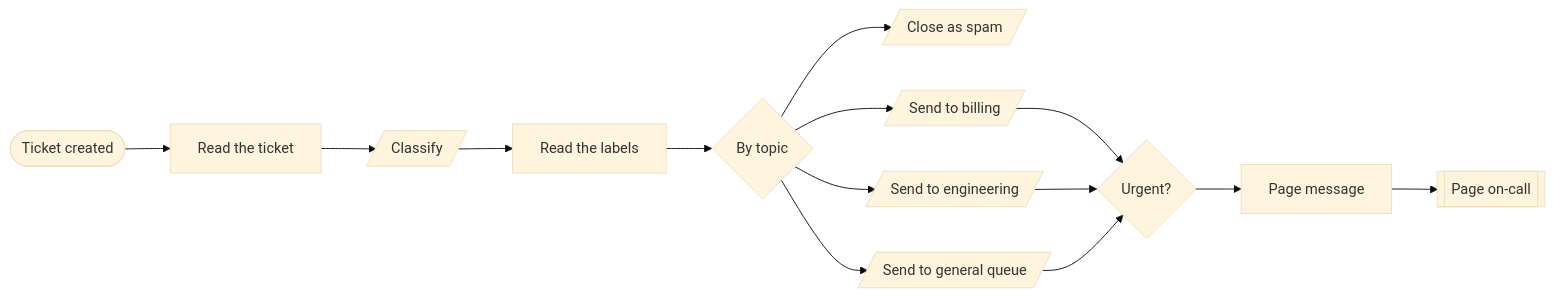
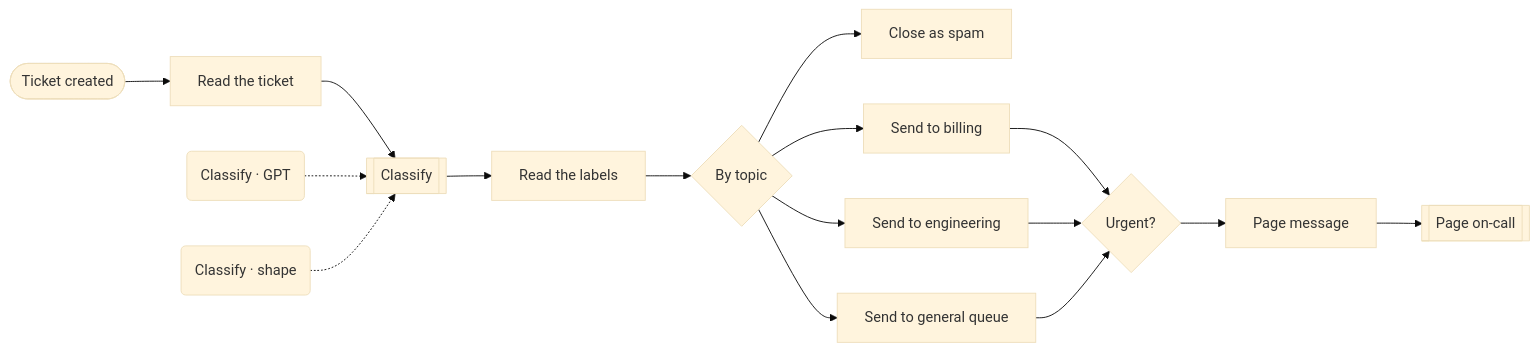
Before and after one commit to kimjoshuadr/n8n-workflows: the second of 3 diagrams in systems/support-agent/README.md, drawn with Mermaid (base theme). The commit also changed other lines of this file and 184 other files, not shown here.

Commit message:
Finish the move to named platforms: blocks, BambooHR, generated README, schema and platform marks

````diff
--- a/systems/support-agent/README.md
+++ b/systems/support-agent/README.md
@@ -88,28 +88,32 @@
 ```mermaid
 flowchart LR
   nrt9ol7(["Ticket created"])
   nqcyqn2["Read the ticket"]
-  ngdb163[/"Classify"/]
+  ngdb163[["Classify"]]
+  ndiiwvh("Classify · GPT")
+  n1ol06tf("Classify · shape")
   nmg6ngx["Read the labels"]
   n5j63bh{"By topic"}
-  nvd7hxk[/"Close as spam"/]
-  nwbajxj[/"Send to billing"/]
-  n1dcjfgf[/"Send to engineering"/]
-  n6ip5mt[/"Send to general queue"/]
+  nvd7hxk["Close as spam"]
+  nwbajxj["Send to billing"]
+  n1dcjfgf["Send to engineering"]
+  n6ip5mt["Send to general queue"]
   ndbcv13{"Urgent?"}
   nnootul["Page message"]
   n1k846n6[["Page on-call"]]
   nrt9ol7 --> nqcyqn2
   nqcyqn2 --> ngdb163
   ngdb163 --> nmg6ngx
   nmg6ngx --> n5j63bh
   n5j63bh --> nvd7hxk
   n5j63bh --> nwbajxj
   nwbajxj --> ndbcv13
   n5j63bh --> n1dcjfgf
   n1dcjfgf --> ndbcv13
   n5j63bh --> n6ip5mt
   n6ip5mt --> ndbcv13
   ndbcv13 --> nnootul
   nnootul --> n1k846n6
+  ndiiwvh -.-> ngdb163
+  n1ol06tf -.-> ngdb163
 ```
````
